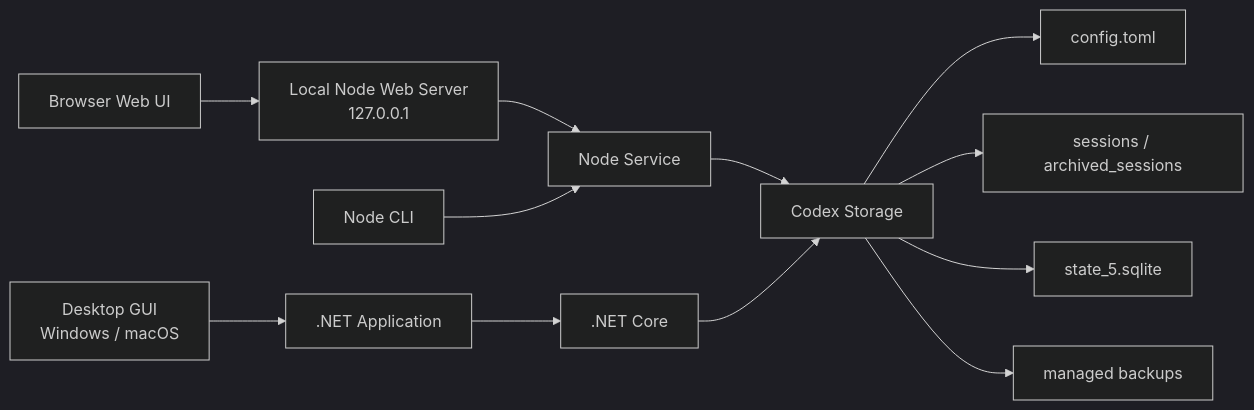
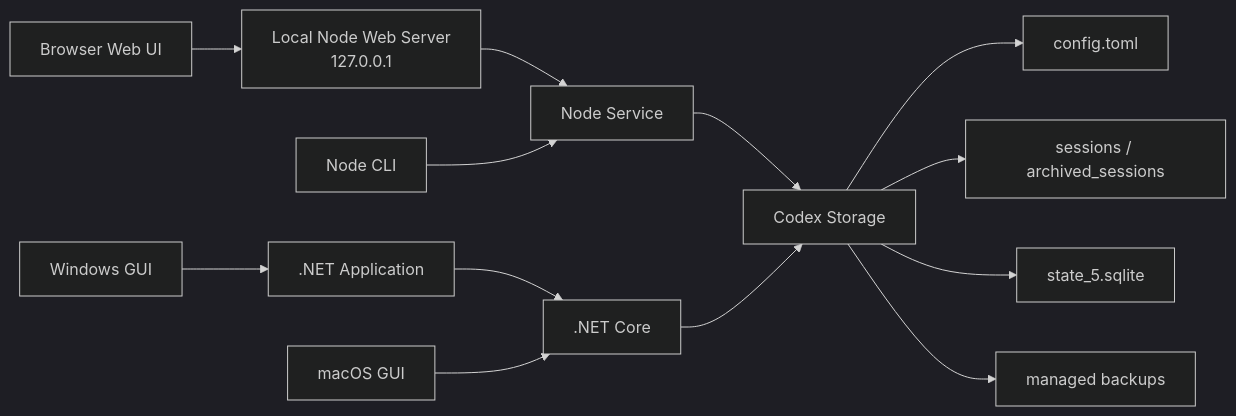
The diagram in README.md (Dailin521/codex-provider-sync), drawn with Mermaid (dark theme) before and after one commit. The commit also changed other lines of this file and 12 other files, not shown here.

````diff
--- a/README.md
+++ b/README.md
@@ -87,17 +92,18 @@
 ```mermaid
 flowchart LR
     Browser["Browser Web UI"] --> WebServer["Local Node Web Server<br/>127.0.0.1"]
     WebServer --> NodeService["Node Service"]
     CLI["Node CLI"] --> NodeService
 
-    DesktopGUI["Desktop GUI<br/>Windows / macOS"] --> Application[".NET Application"]
+    WindowsGUI["Windows GUI"] --> Application[".NET Application"]
     Application --> DotNetCore[".NET Core"]
+    MacGUI["macOS GUI"] --> DotNetCore
 
     NodeService --> Storage["Codex Storage"]
     DotNetCore --> Storage
 
     Storage --> Config["config.toml"]
     Storage --> Rollouts["sessions / archived_sessions"]
     Storage --> SQLite["state_5.sqlite"]
     Storage --> Backups["managed backups"]
 ```
````
